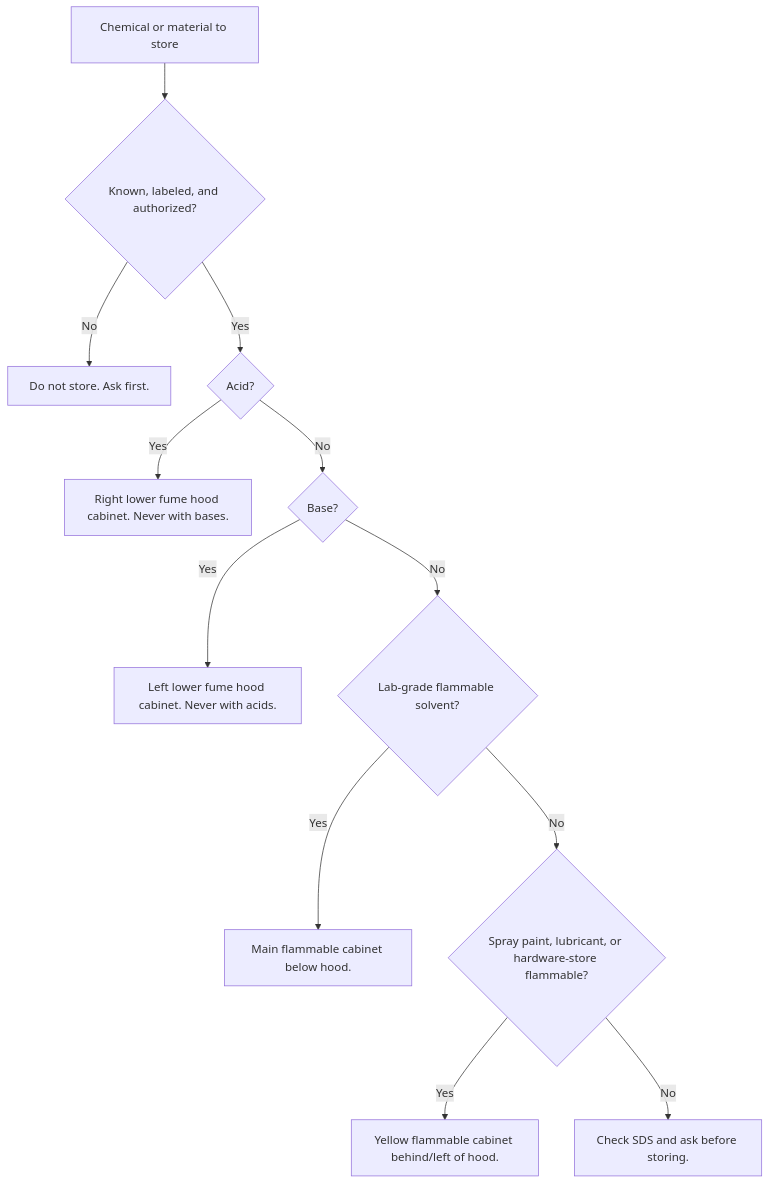
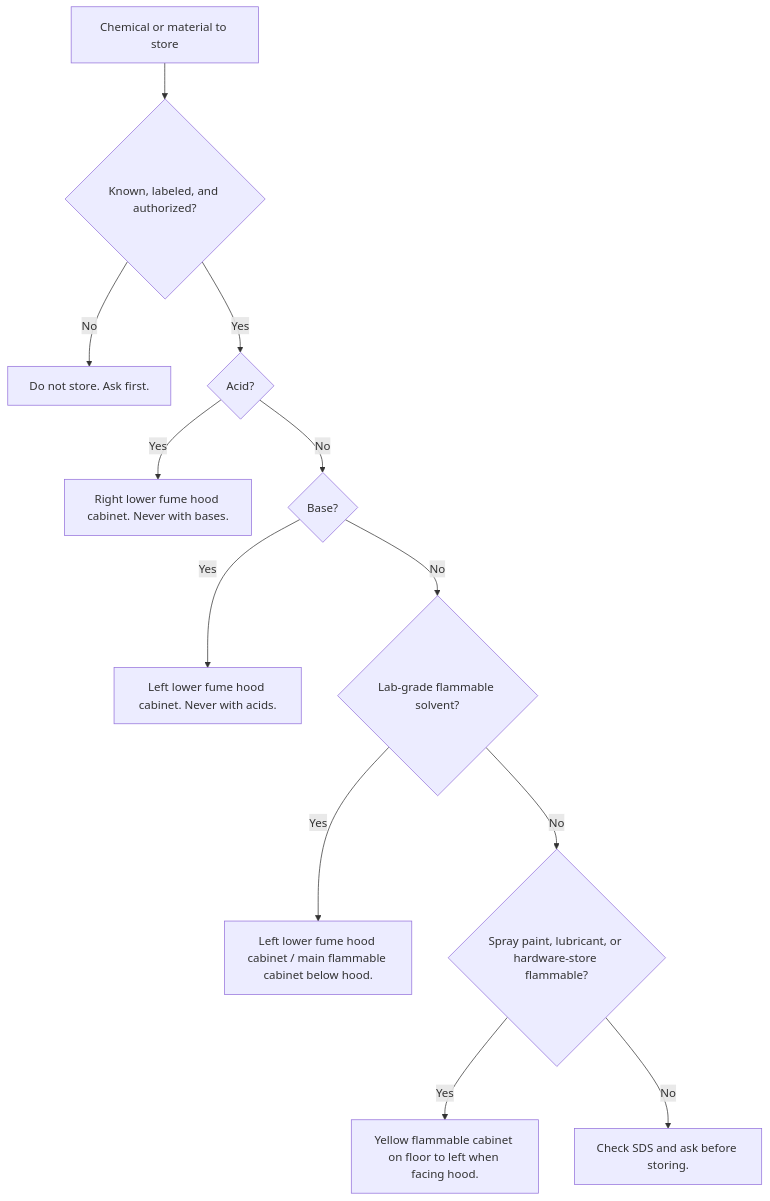
The diagram in lab-signs/chemical-and-materials-storage.md (uwo-fast/uwo-fast), drawn with Mermaid before and after one commit. The commit also changed other lines of this file and 17 other files, not shown here.

````diff
--- a/lab-signs/chemical-and-materials-storage.md
+++ b/lab-signs/chemical-and-materials-storage.md
@@ -32,14 +32,14 @@
 ```mermaid
 flowchart TD
     A[Chemical or material to store] --> B{Known, labeled, and authorized?}
     B -->|No| C[Do not store. Ask first.]
     B -->|Yes| D{Acid?}
     D -->|Yes| E[Right lower fume hood cabinet. Never with bases.]
     D -->|No| F{Base?}
     F -->|Yes| G[Left lower fume hood cabinet. Never with acids.]
     F -->|No| H{Lab-grade flammable solvent?}
-    H -->|Yes| I[Main flammable cabinet below hood.]
+    H -->|Yes| I[Left lower fume hood cabinet / main flammable cabinet below hood.]
     H -->|No| J{Spray paint, lubricant, or hardware-store flammable?}
-    J -->|Yes| K[Yellow flammable cabinet behind/left of hood.]
+    J -->|Yes| K[Yellow flammable cabinet on floor to left when facing hood.]
     J -->|No| L[Check SDS and ask before storing.]
 ```
````
